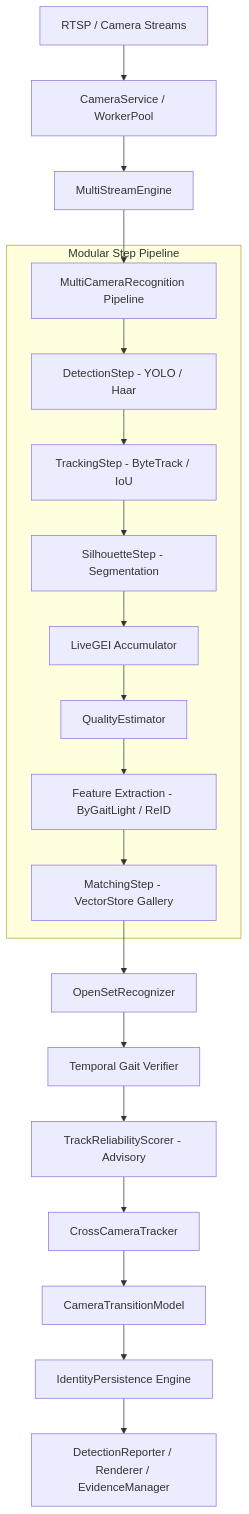
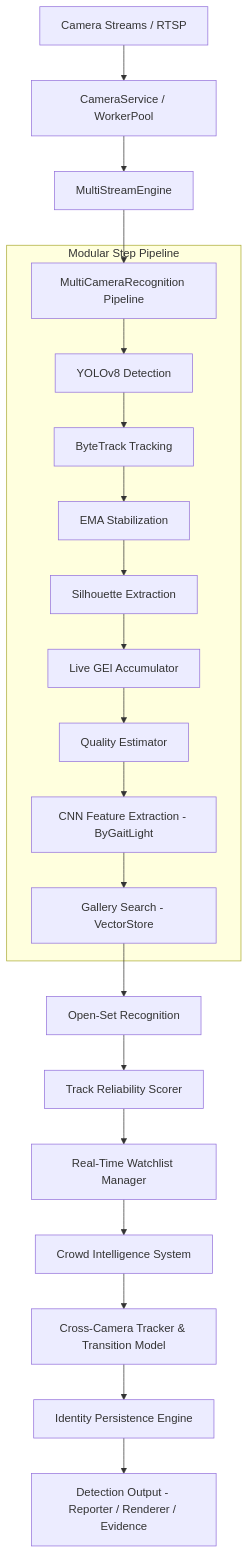
Before and after one commit to chanuka8/argus-gait-recognition: the diagram in README.md, drawn with Mermaid. The commit also changed other lines of this file, not shown here.

````diff
--- a/README.md
+++ b/README.md
@@ -58,24 +80,25 @@
 ```mermaid
 graph TD
-    RTSP[RTSP / Camera Streams] --> CS[CameraService / WorkerPool]
+    RTSP[Camera Streams / RTSP] --> CS[CameraService / WorkerPool]
     CS --> MSE[MultiStreamEngine]
     MSE --> MCR[MultiCameraRecognition Pipeline]
     
     subgraph Modular Step Pipeline
-        MCR --> DET[DetectionStep - YOLO / Haar]
-        DET --> TRK[TrackingStep - ByteTrack / IoU]
-        TRK --> SIL[SilhouetteStep - Segmentation]
-        SIL --> GEI[LiveGEI Accumulator]
-        GEI --> QUA[QualityEstimator]
-        QUA --> FEA[Feature Extraction - ByGaitLight / ReID]
-        FEA --> MAT[MatchingStep - VectorStore Gallery]
+        MCR --> DET[YOLOv8 Detection]
+        DET --> TRK[ByteTrack Tracking]
+        TRK --> EMA[EMA Stabilization]
+        EMA --> SIL[Silhouette Extraction]
+        SIL --> GEI[Live GEI Accumulator]
+        GEI --> QUA[Quality Estimator]
+        QUA --> FEA[CNN Feature Extraction - ByGaitLight]
+        FEA --> MAT[Gallery Search - VectorStore]
     end
 
-    MAT --> OSR[OpenSetRecognizer]
-    OSR --> TGV[Temporal Gait Verifier]
-    TGV --> TRS[TrackReliabilityScorer - Advisory]
-    TRS --> CCT[CrossCameraTracker]
-    CCT --> CTM[CameraTransitionModel]
-    CTM --> IDP[IdentityPersistence Engine]
-    IDP --> REP[DetectionReporter / Renderer / EvidenceManager]
+    MAT --> OSR[Open-Set Recognition]
+    OSR --> TRS[Track Reliability Scorer]
+    TRS --> WLM[Real-Time Watchlist Manager]
+    WLM --> CIS[Crowd Intelligence System]
+    CIS --> CCT[Cross-Camera Tracker & Transition Model]
+    CCT --> IDP[Identity Persistence Engine]
+    IDP --> REP[Detection Output - Reporter / Renderer / Evidence]
 ```
````
